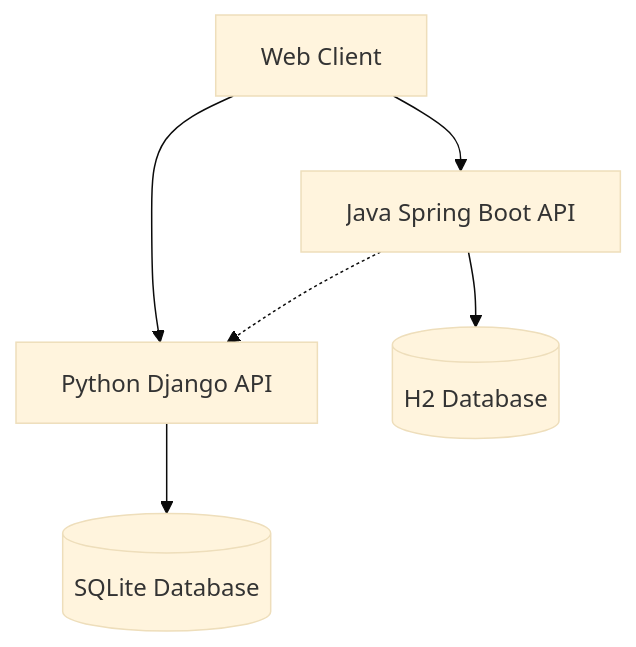
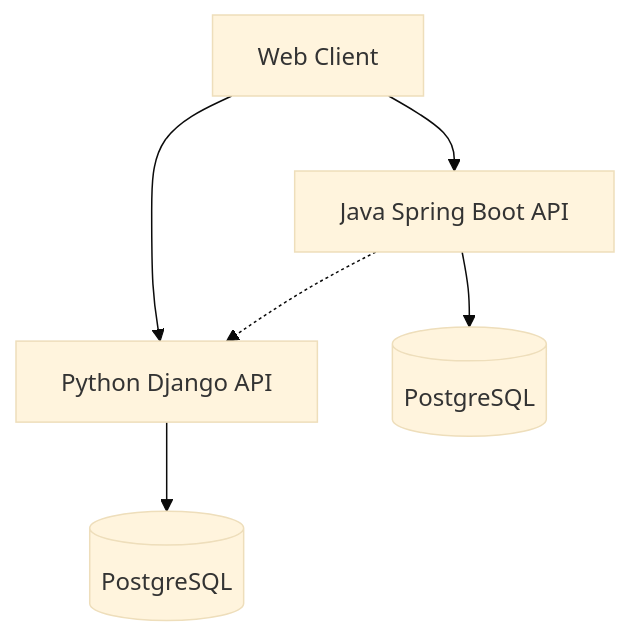
One commit to Wolfearl/book-genre-platform changed the diagram in README.md. Above: the diagram before and after it, drawn with Mermaid (base theme). The commit also changed other lines of this file and 12 other files, not shown here.

````diff
--- a/README.md
+++ b/README.md
@@ -41,8 +41,8 @@
 ```mermaid
 graph TD
     Client[Web Client] --> JavaAPI[Java Spring Boot API]
     Client --> PythonAPI[Python Django API]
-    JavaAPI --> JavaDB[(H2 Database)]
-    PythonAPI --> PythonDB[(SQLite Database)]
+    JavaAPI --> JavaDB[(PostgreSQL)]
+    PythonAPI --> PythonDB[(PostgreSQL)]
     JavaAPI -.-> PythonAPI
 ```
````
